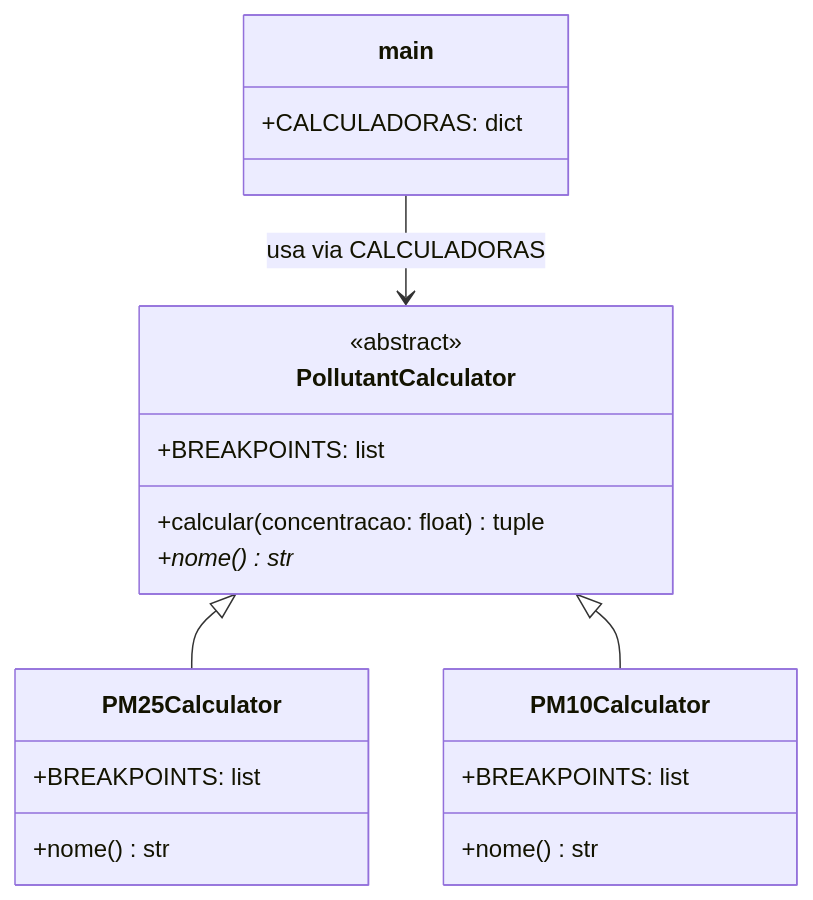
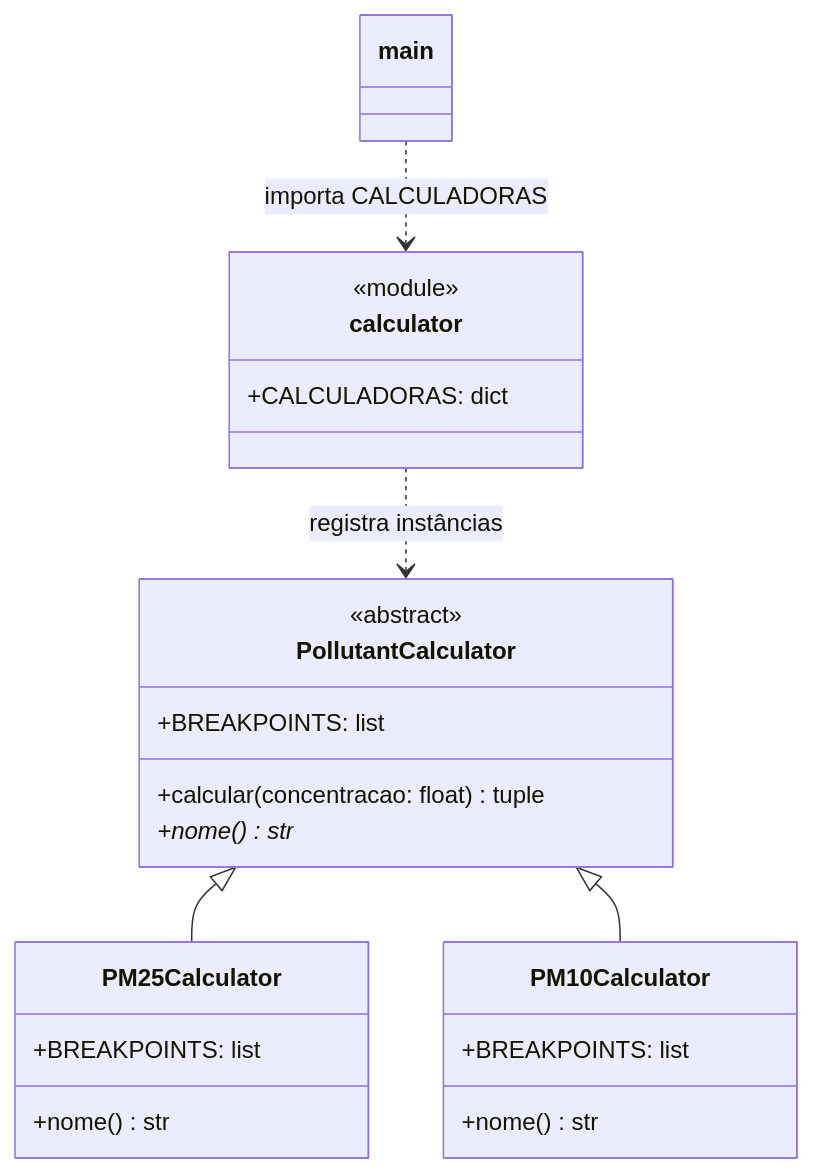
Before and after one commit to ArthurFSPalma/ENCO6A-A3: the second of 3 diagrams in docs/arquitetura.md, drawn with Mermaid. The commit also changed other lines of this file, not shown here.

````diff
--- a/docs/arquitetura.md
+++ b/docs/arquitetura.md
@@ -96,27 +96,29 @@
 ```mermaid
 classDiagram
     class PollutantCalculator {
         <<abstract>>
         +BREAKPOINTS: list
         +calcular(concentracao: float) tuple
         +nome()* str
     }
 
     class PM25Calculator {
         +BREAKPOINTS: list
         +nome() str
     }
 
     class PM10Calculator {
         +BREAKPOINTS: list
         +nome() str
     }
 
-    class main {
+    class calculator {
+        <<module>>
         +CALCULADORAS: dict
     }
 
     PollutantCalculator <|-- PM25Calculator
     PollutantCalculator <|-- PM10Calculator
-    main --> PollutantCalculator : usa via CALCULADORAS
+    calculator ..> PollutantCalculator : registra instâncias
+    main ..> calculator : importa CALCULADORAS
 ```
````
